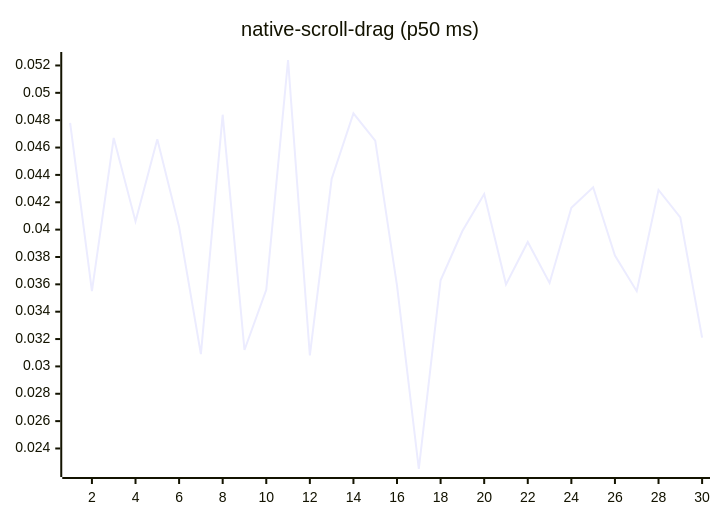
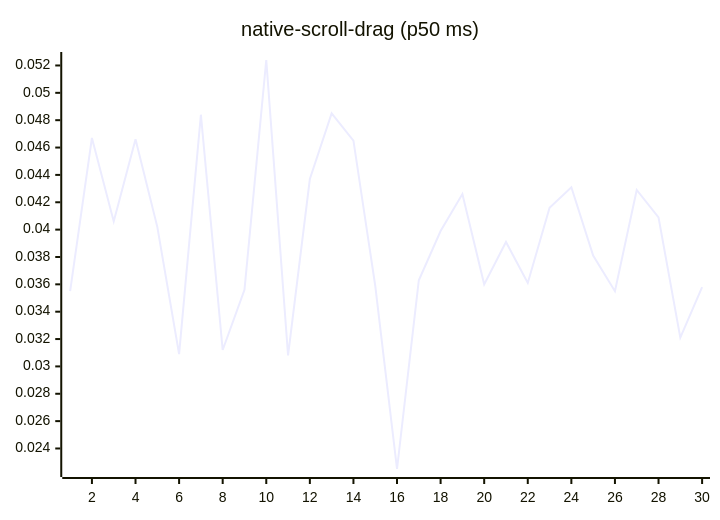
One commit to josha/Facet changed diagram 14 of 27 in README.md. Above: the diagram before and after it, drawn with Mermaid. The commit also changed other lines of this file and 2 other files, not shown here.

````diff
--- a/README.md
+++ b/README.md
@@ -154,6 +154,6 @@
 ```mermaid
 xychart-beta
     title "native-scroll-drag (p50 ms)"
     x-axis 1 --> 30
-    line [0.0478, 0.0355, 0.0467, 0.0406, 0.0466, 0.0402, 0.0309, 0.0484, 0.0312, 0.0356, 0.0524, 0.0308, 0.0437, 0.0485, 0.0465, 0.0359, 0.0225, 0.0363, 0.0399, 0.0426, 0.0360, 0.0391, 0.0361, 0.0416, 0.0431, 0.0381, 0.0355, 0.0429, 0.0409, 0.0321]
+    line [0.0355, 0.0467, 0.0406, 0.0466, 0.0402, 0.0309, 0.0484, 0.0312, 0.0356, 0.0524, 0.0308, 0.0437, 0.0485, 0.0465, 0.0359, 0.0225, 0.0363, 0.0399, 0.0426, 0.0360, 0.0391, 0.0361, 0.0416, 0.0431, 0.0381, 0.0355, 0.0429, 0.0409, 0.0321, 0.0358]
 ```
````
